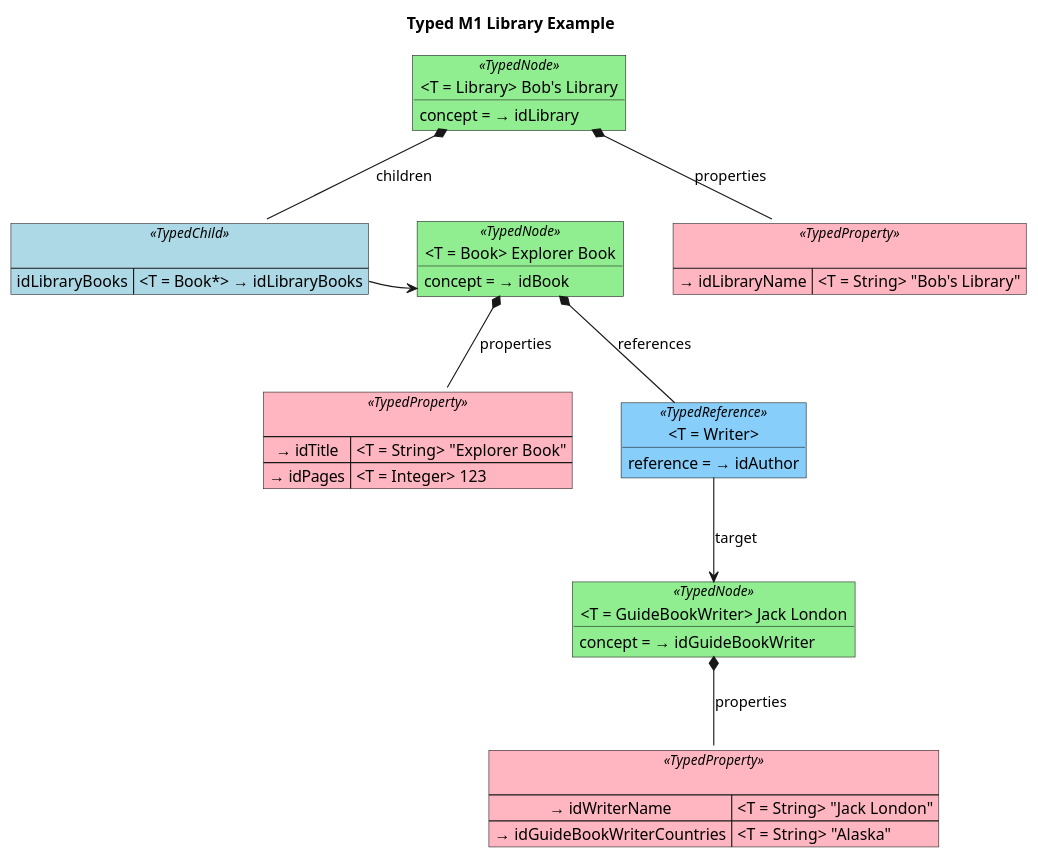
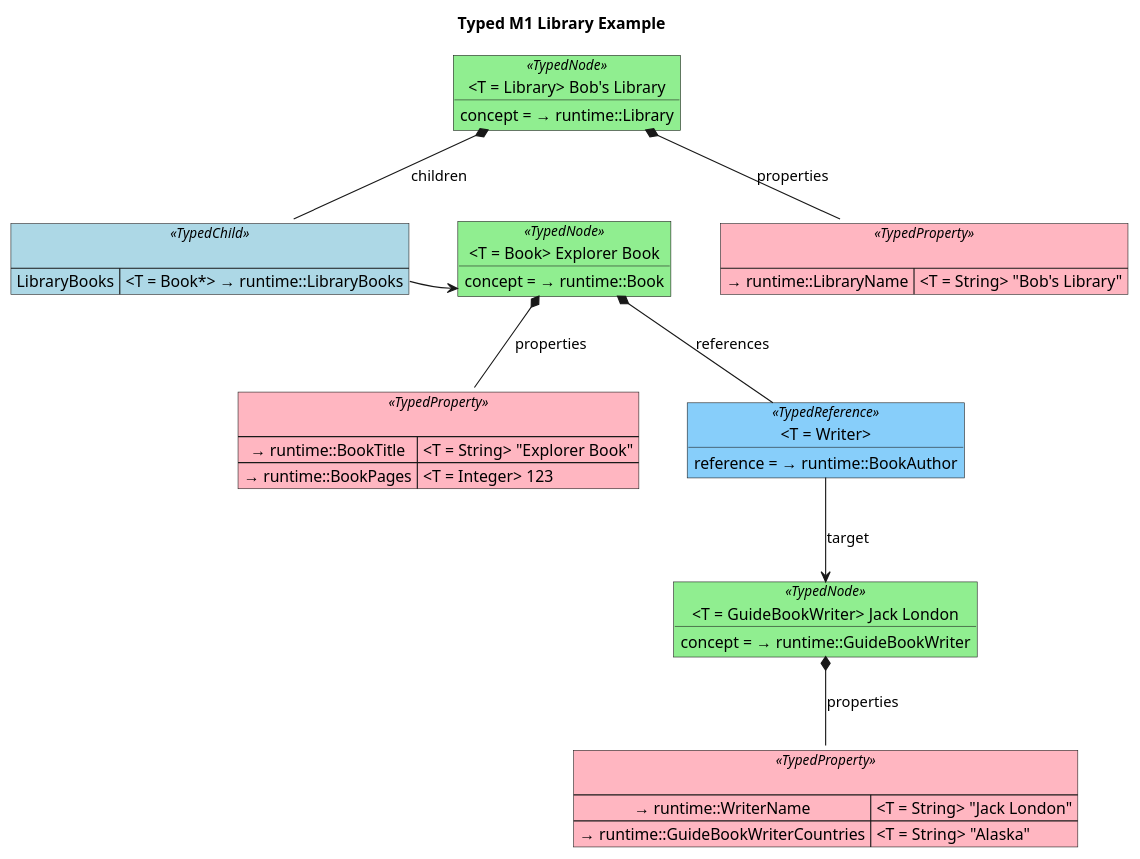
One commit to LionWeb-io/specification changed the diagram in lioncore/library-example/typed-library-m1.puml. Above: the diagram before and after it, drawn with PlantUML. The commit also changed 2 other files, not shown here.

Commit message:
added runtime M2 for library example

```diff
--- a/lioncore/library-example/typed-library-m1.puml
+++ b/lioncore/library-example/typed-library-m1.puml
@@ -1,59 +1,59 @@
 @startuml
 ' Library
 title Typed M1 Library Example
 
 skinparam object {
     BackgroundColor<<TypedNode>> LightGreen
     BackgroundColor<<TypedReference>> LightSkyBlue
 }
 skinparam map {
     BackgroundColor<<TypedProperty>> LightPink
     BackgroundColor<<TypedChild>> LightBlue
 }
 
 object "<T = Library> Bob's Library" as library<<TypedNode>> {
-    concept = → idLibrary
+    concept = → runtime::Library
 }
 
 map " " as libraryProperties<<TypedProperty>> {
-    → idLibraryName => <T = String> "Bob's Library"
+    → runtime::LibraryName => <T = String> "Bob's Library"
 }
 library *-- libraryProperties: properties
 
 ' Explorer book
 
 object "<T = Book> Explorer Book" as explorerBook<<TypedNode>> {
-    concept = → idBook
+    concept = → runtime::Book
 }
 
 map " " as explorerBookProperties<<TypedProperty>> {
-    → idTitle => <T = String> "Explorer Book"
-    → idPages => <T = Integer> 123
+    → runtime::BookTitle => <T = String> "Explorer Book"
+    → runtime::BookPages => <T = Integer> 123
 }
 explorerBook *-- explorerBookProperties: properties
 
 map " " as libraryChildren<<TypedChild>> {
-    idLibraryBooks => <T = Book*> → idLibraryBooks
+    LibraryBooks => <T = Book*> → runtime::LibraryBooks
 }
 library *-- libraryChildren: children
-libraryChildren::idLibraryBooks -> explorerBook
+libraryChildren::LibraryBooks -> explorerBook
 
 
 object "<T = Writer>" as explorerBookAuthor<<TypedReference>> {
-    reference = → idAuthor
+    reference = → runtime::BookAuthor
 }
 explorerBook *-- explorerBookAuthor: references
 
 ' Jack London
 object "<T = GuideBookWriter> Jack London" as jackLondon<<TypedNode>> {
-    concept = → idGuideBookWriter
+    concept = → runtime::GuideBookWriter
 }
 
 map " " as jackLondonProperties<<TypedProperty>> {
-    → idWriterName => <T = String> "Jack London"
-    → idGuideBookWriterCountries => <T = String> "Alaska"
+    → runtime::WriterName => <T = String> "Jack London"
+    → runtime::GuideBookWriterCountries => <T = String> "Alaska"
 }
 jackLondon *-- jackLondonProperties: properties
 
 explorerBookAuthor --> jackLondon: target
 @enduml
```
